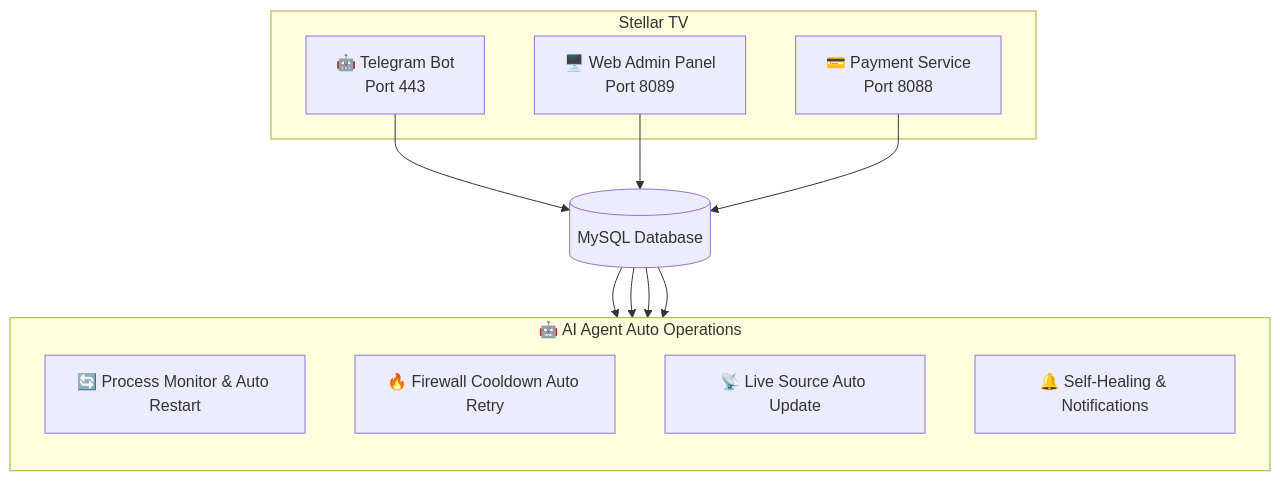
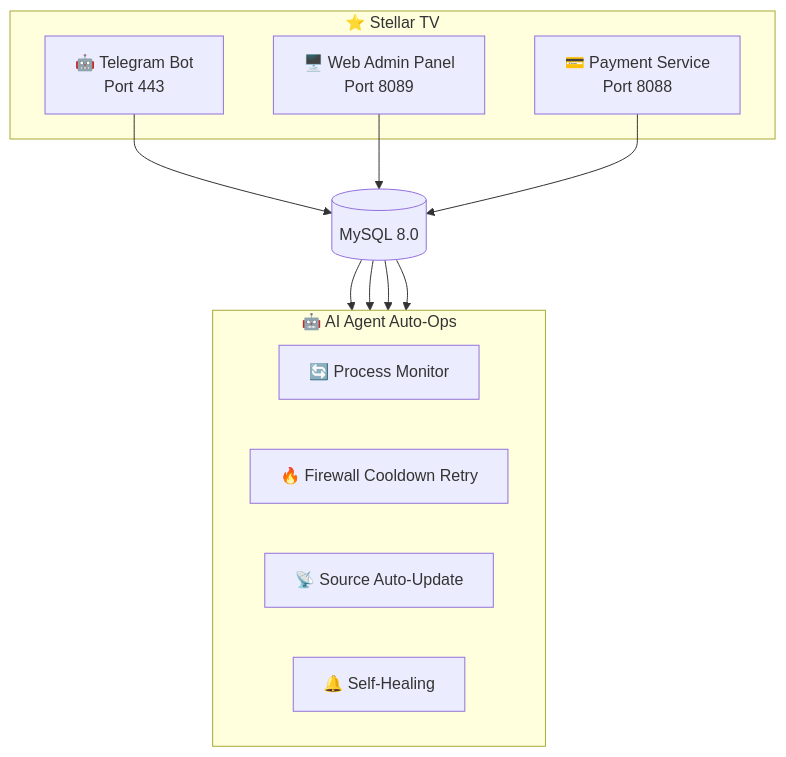
The diagram in README_EN.md (xkmuzili/starchen-iptv), drawn with Mermaid before and after one commit. The commit also changed other lines of this file and 2 other files, not shown here.

````diff
--- a/README_EN.md
+++ b/README_EN.md
@@ -101,25 +120,25 @@
 ```mermaid
 graph TB
-    subgraph StellarTV["Stellar TV"]
-        Bot["🤖 Telegram Bot\nPort 443"]
-        Web["🖥️ Web Admin Panel\nPort 8089"]
-        Pay["💳 Payment Service\nPort 8088"]
+    subgraph StellarTV["⭐ Stellar TV"]
+        Bot["🤖 Telegram Bot<br/>Port 443"]
+        Web["🖥️ Web Admin Panel<br/>Port 8089"]
+        Pay["💳 Payment Service<br/>Port 8088"]
     end
 
-    Bot --> DB[("MySQL Database")]
+    Bot --> DB[("MySQL 8.0")]
     Web --> DB
     Pay --> DB
 
-    subgraph AIAgent["🤖 AI Agent Auto Operations"]
-        direction TB
-        E["🔄 Process Monitor & Auto Restart"]
-        F["🔥 Firewall Cooldown Auto Retry"]
-        G["📡 Live Source Auto Update"]
-        H["🔔 Self-Healing & Notifications"]
+    subgraph AIAgent["🤖 AI Agent Auto-Ops"]
+        direction LR
+        E["🔄 Process Monitor"]
+        F["🔥 Firewall Cooldown Retry"]
+        G["📡 Source Auto-Update"]
+        H["🔔 Self-Healing"]
     end
 
     DB --> E
     DB --> F
     DB --> G
     DB --> H
 ```
````
